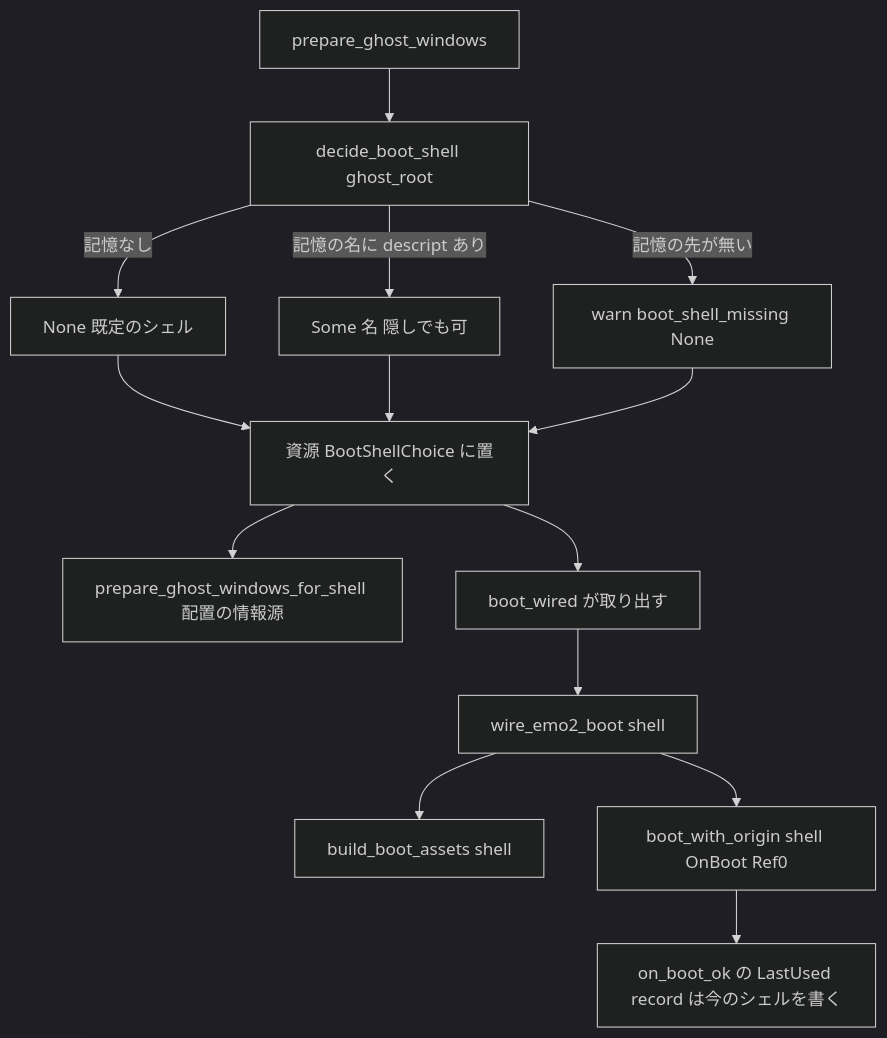
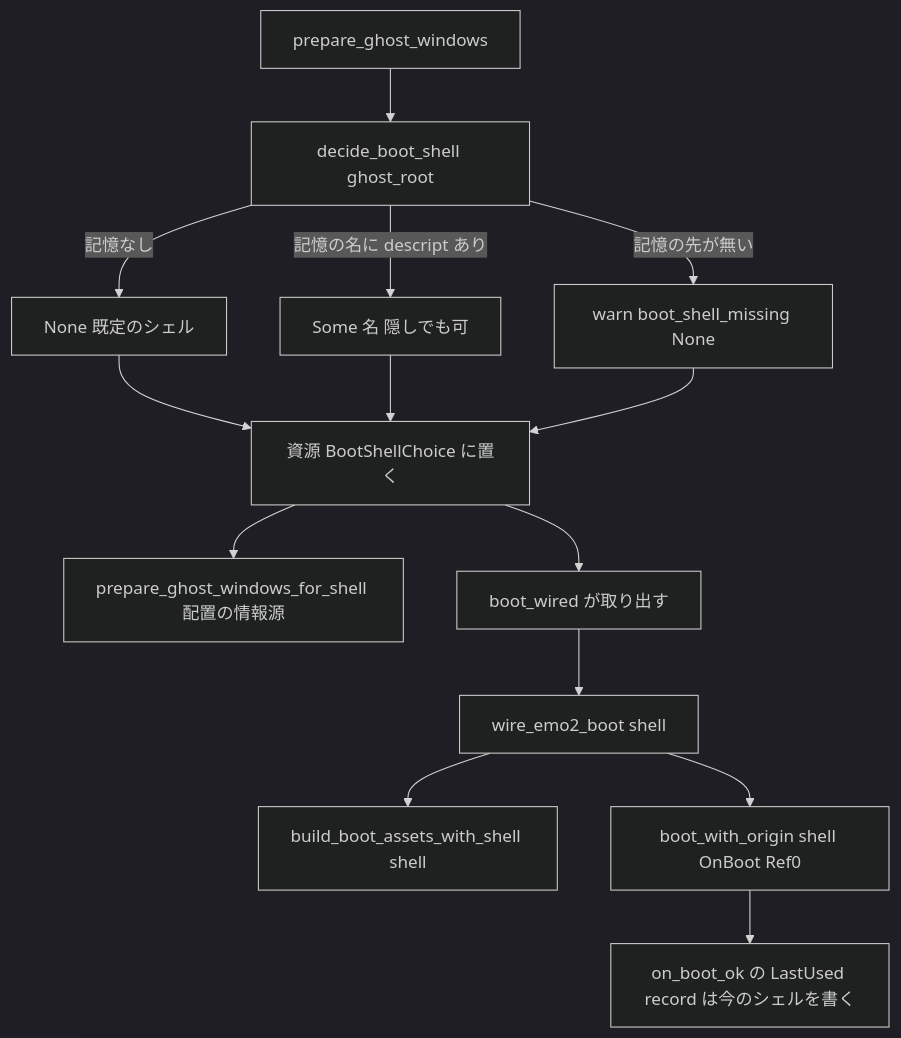
One commit to ekicyou/areka changed the fifth of 5 diagrams in .kiro/specs/areka-P0-shell-balloon-switch/design.md. Above: the diagram before and after it, drawn with Mermaid (dark theme). The commit also changed other lines of this file and 1 other file, not shown here.

First line of the commit message:
docs(areka-P0-shell-balloon-switch): fix obvious issues in design

````diff
--- a/.kiro/specs/areka-P0-shell-balloon-switch/design.md
+++ b/.kiro/specs/areka-P0-shell-balloon-switch/design.md
@@ -437,16 +438,16 @@
 ```mermaid
 flowchart TD
     Prep[prepare_ghost_windows] --> Decide[decide_boot_shell ghost_root]
     Decide -->|記憶なし| None1[None 既定のシェル]
     Decide -->|記憶の名に descript あり| Some1[Some 名 隠しでも可]
     Decide -->|記憶の先が無い| Warn[warn boot_shell_missing None]
     None1 --> Keep[資源 BootShellChoice に置く]
     Some1 --> Keep
     Warn --> Keep
     Keep --> Place[prepare_ghost_windows_for_shell 配置の情報源]
     Keep --> Wired[boot_wired が取り出す]
     Wired --> Wire[wire_emo2_boot shell]
-    Wire --> Assets[build_boot_assets shell]
+    Wire --> Assets[build_boot_assets_with_shell shell]
     Wire --> Runtime[boot_with_origin shell OnBoot Ref0]
     Runtime --> OnBootOk[on_boot_ok の LastUsed record は今のシェルを書く]
 ```
````
